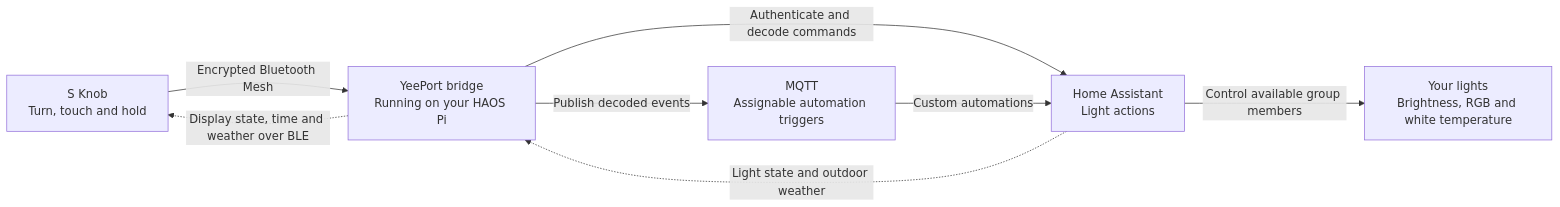
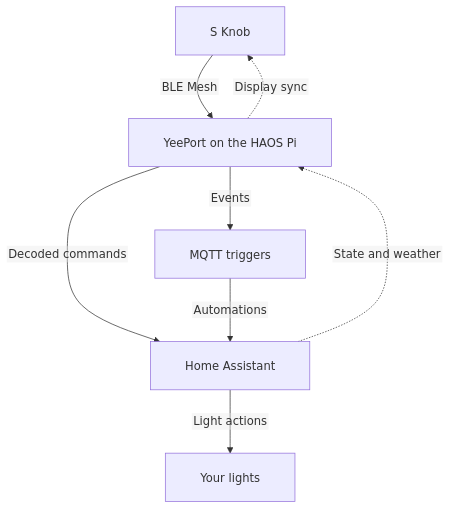
One commit to wispdevon/YeePort changed the first of 3 diagrams in README.md. Above: the diagram before and after it, drawn with Mermaid. The commit also changed other lines of this file, not shown here.

Commit message:
Fix Mermaid label spacing and add numbered knob and setup flows

````diff
--- a/README.md
+++ b/README.md
@@ -38,16 +38,24 @@
 ```mermaid
-flowchart LR
-    knob["S Knob<br/>Turn, touch and hold"]
-    bridge["YeePort bridge<br/>Running on your HAOS Pi"]
-    ha["Home Assistant<br/>Light actions"]
-    lights["Your lights<br/>Brightness, RGB and white temperature"]
-    mqtt["MQTT<br/>Assignable automation triggers"]
+---
+config:
+  htmlLabels: false
+  flowchart:
+    padding: 24
+    nodeSpacing: 55
+    rankSpacing: 65
+---
+flowchart TD
+    knob["S Knob"]
+    bridge["YeePort on the HAOS Pi"]
+    ha["Home Assistant"]
+    lights["Your lights"]
+    mqtt["MQTT triggers"]
 
-    knob -->|Encrypted Bluetooth Mesh| bridge
-    bridge -->|Authenticate and decode commands| ha
-    ha -->|Control available group members| lights
-    bridge -->|Publish decoded events| mqtt
-    mqtt -->|Custom automations| ha
-    ha -.->|Light state and outdoor weather| bridge
-    bridge -.->|Display state, time and weather over BLE| knob
+    knob -->|BLE Mesh| bridge
+    bridge -->|Decoded commands| ha
+    ha -->|Light actions| lights
+    bridge -->|Events| mqtt
+    mqtt -->|Automations| ha
+    ha -.->|State and weather| bridge
+    bridge -.->|Display sync| knob
 ```
````
